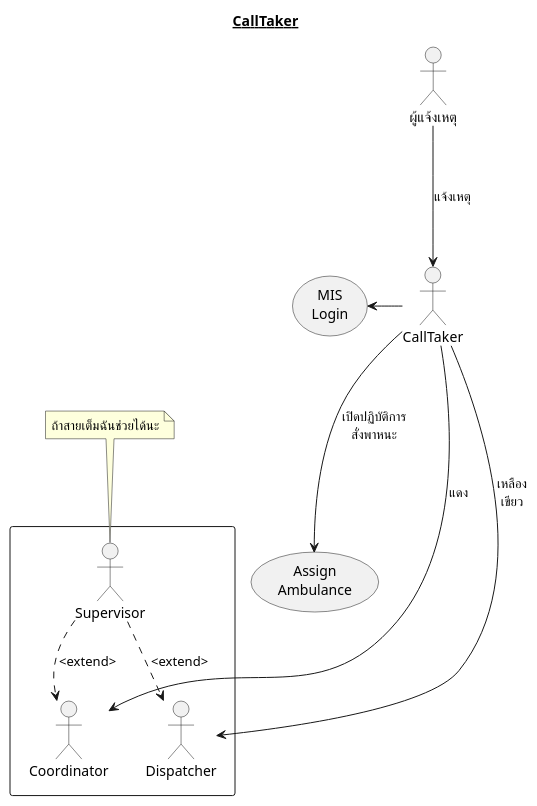
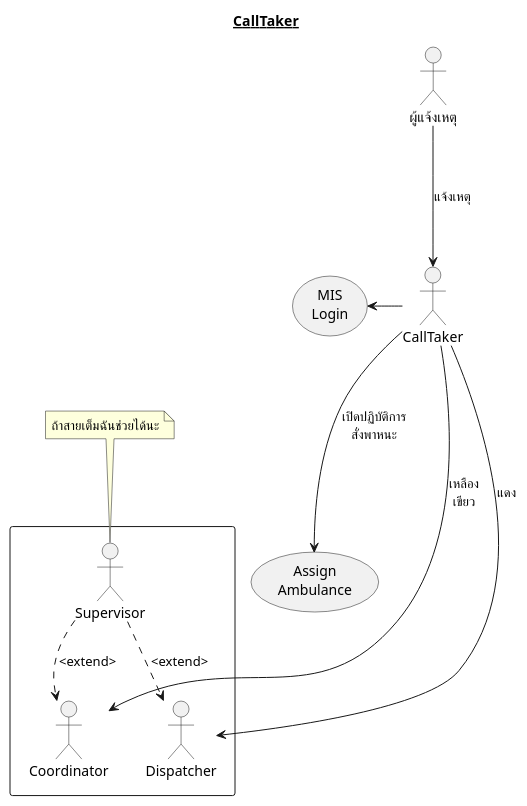
The diagram in uml/scenario_CallTaker.plantuml (lionants02/mis-api-doc), drawn with PlantUML before and after one commit. The commit also changed 1 other file, not shown here.

```diff
--- a/uml/scenario_CallTaker.plantuml
+++ b/uml/scenario_CallTaker.plantuml
@@ -1,22 +1,22 @@
 @startuml
 Title __CallTaker__
   rectangle {
     :Supervisor: as Supervisor
     :Coordinator: as Coordinator
     :Dispatcher: as Dispatcher
   }
   :CallTaker: as CallTaker
   Supervisor ..> Coordinator :<extend>
   Supervisor ..> Dispatcher :<extend>
   note top of Supervisor : ถ้าสายเต็มฉันช่วยได้นะ
 
   :ผู้แจ้งเหตุ: as User
   usecase (Assign\nAmbulance) as AssignAmbulance
   usecase (MIS\nLogin) as MISLogin
 
   User ---> CallTaker : แจ้งเหตุ
   CallTaker -left-> MISLogin
   CallTaker ---> AssignAmbulance : เปิดปฏิบัติการ\nสั่งพาหนะ
-  CallTaker ----> Coordinator : แดง
-  CallTaker ----> Dispatcher : เหลือง\nเขียว
+  CallTaker ----> Coordinator : เหลือง\nเขียว
+  CallTaker ----> Dispatcher : แดง
 @enduml
```
